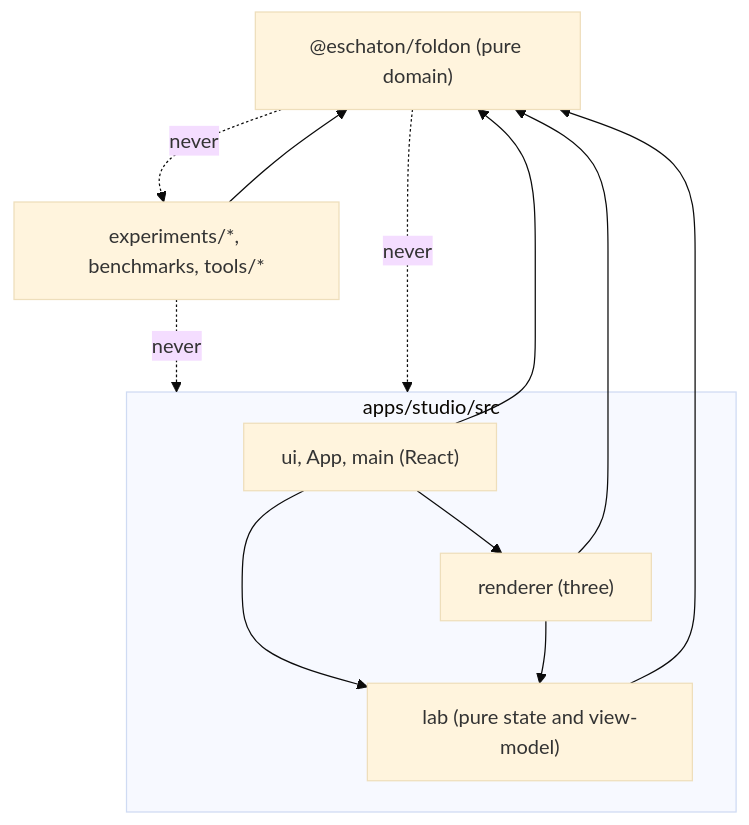
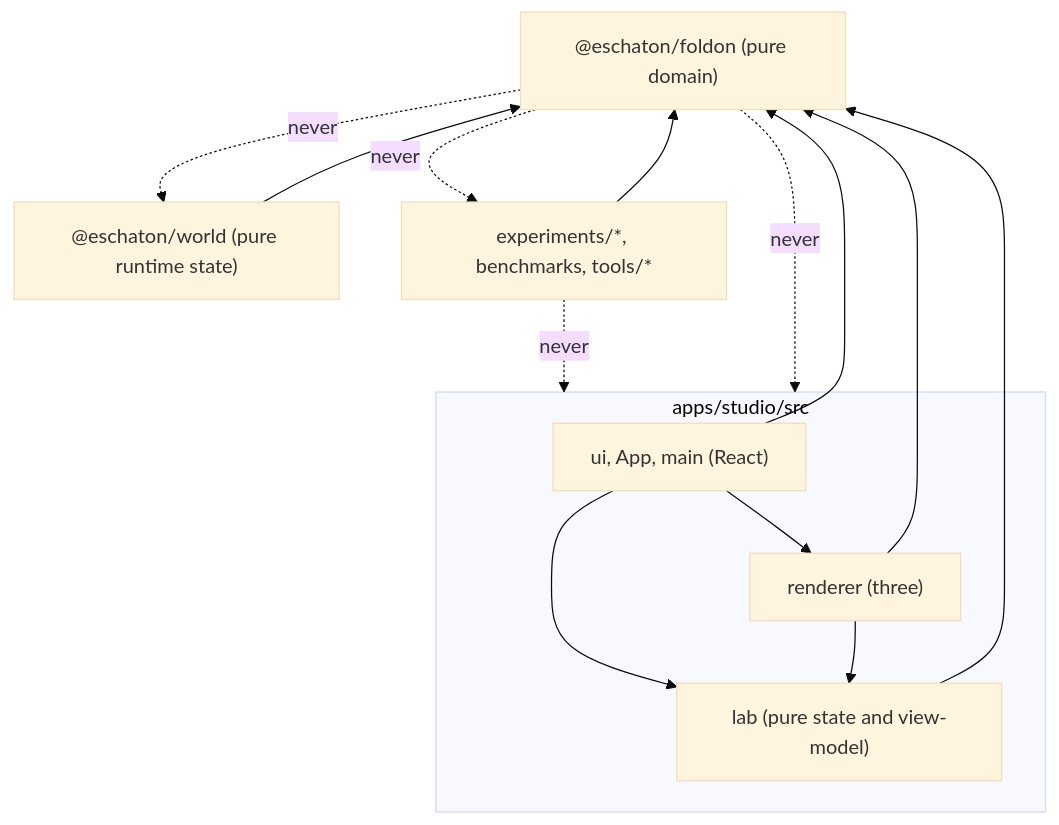
The first of 2 diagrams in docs/architecture/overview.md (cuongtranba/eschaton), drawn with Mermaid (base theme) before and after one commit. The commit also changed other lines of this file and 1 other file, not shown here.

First line of the commit message:
M2: runtime identity, world-pose instantiation and derived occupancy (tests)

````diff
--- a/docs/architecture/overview.md
+++ b/docs/architecture/overview.md
@@ -34,20 +35,23 @@
 ```mermaid
 flowchart TD
   F["@eschaton/foldon (pure domain)"]
+  W["@eschaton/world (pure runtime state)"]
   subgraph STUDIO["apps/studio/src"]
     UI["ui, App, main (React)"]
     R["renderer (three)"]
     L["lab (pure state and view-model)"]
   end
   X["experiments/*, benchmarks, tools/*"]
   UI --> R
   UI --> L
   R --> L
   UI --> F
   R --> F
   L --> F
   X --> F
+  W --> F
+  F -. "never" .-> W
   X -. "never" .-> STUDIO
   F -. "never" .-> STUDIO
   F -. "never" .-> X
 ```
````
